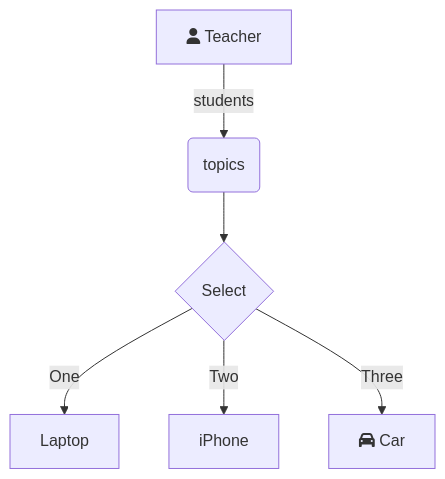
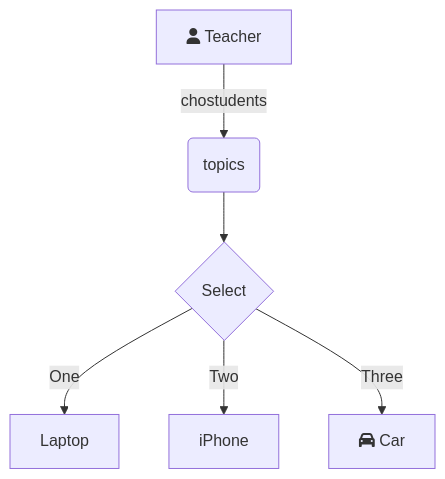
The diagram in all/未命名-2.md (CharlieTD/iodraw-files), drawn with Mermaid before and after one commit.

Commit message:
2024-07-15 22:40:12 update

````diff
--- a/all/未命名-2.md
+++ b/all/未命名-2.md
@@ -1,8 +1,8 @@
 ```mermaid
 graph TD
-    A[fa:fa-user Teacher] -->|students| B(topics)
+    A[fa:fa-user Teacher] -->|chostudents| B(topics)
     B --> C{Select}
     C -->|One| D[Laptop]
     C -->|Two| E[iPhone]
     C -->|Three| F[fa:fa-car Car]
 ```
````
